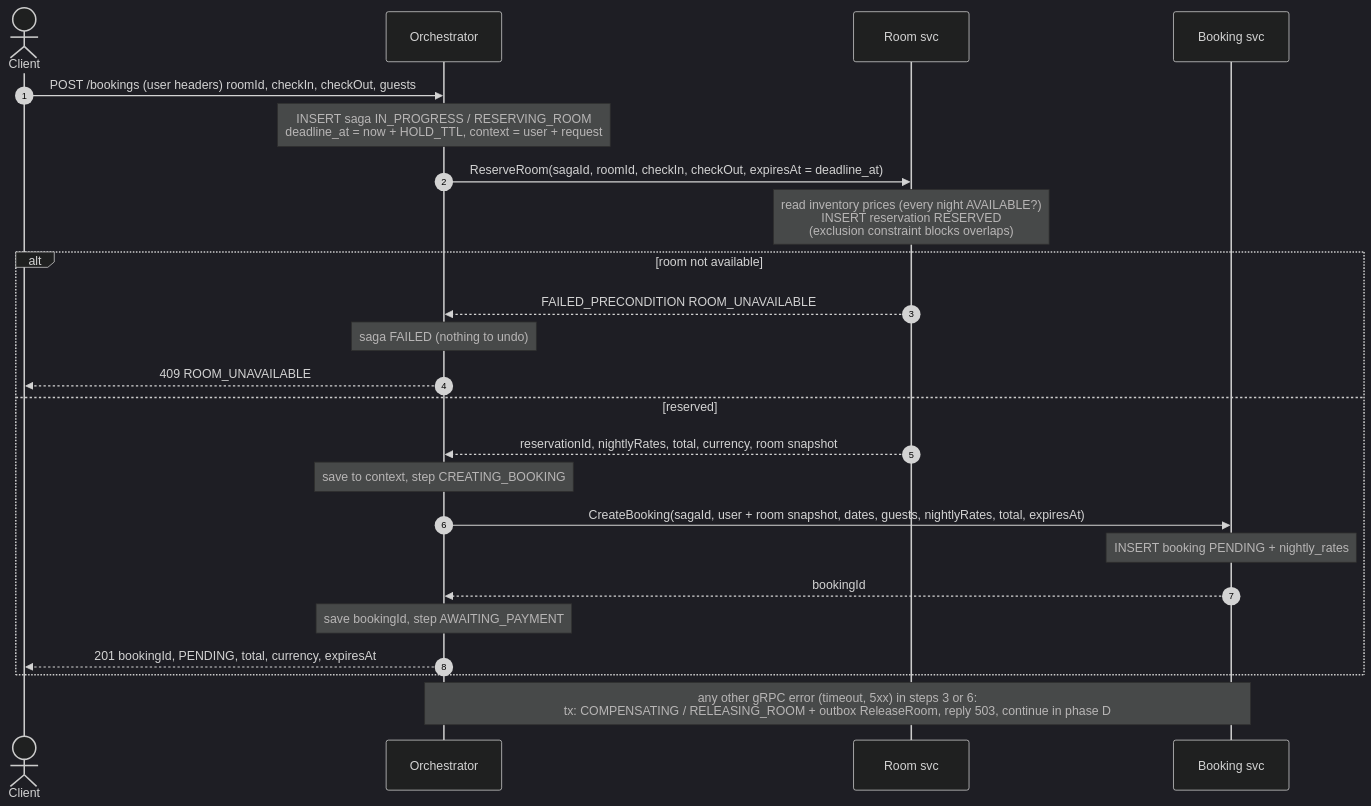
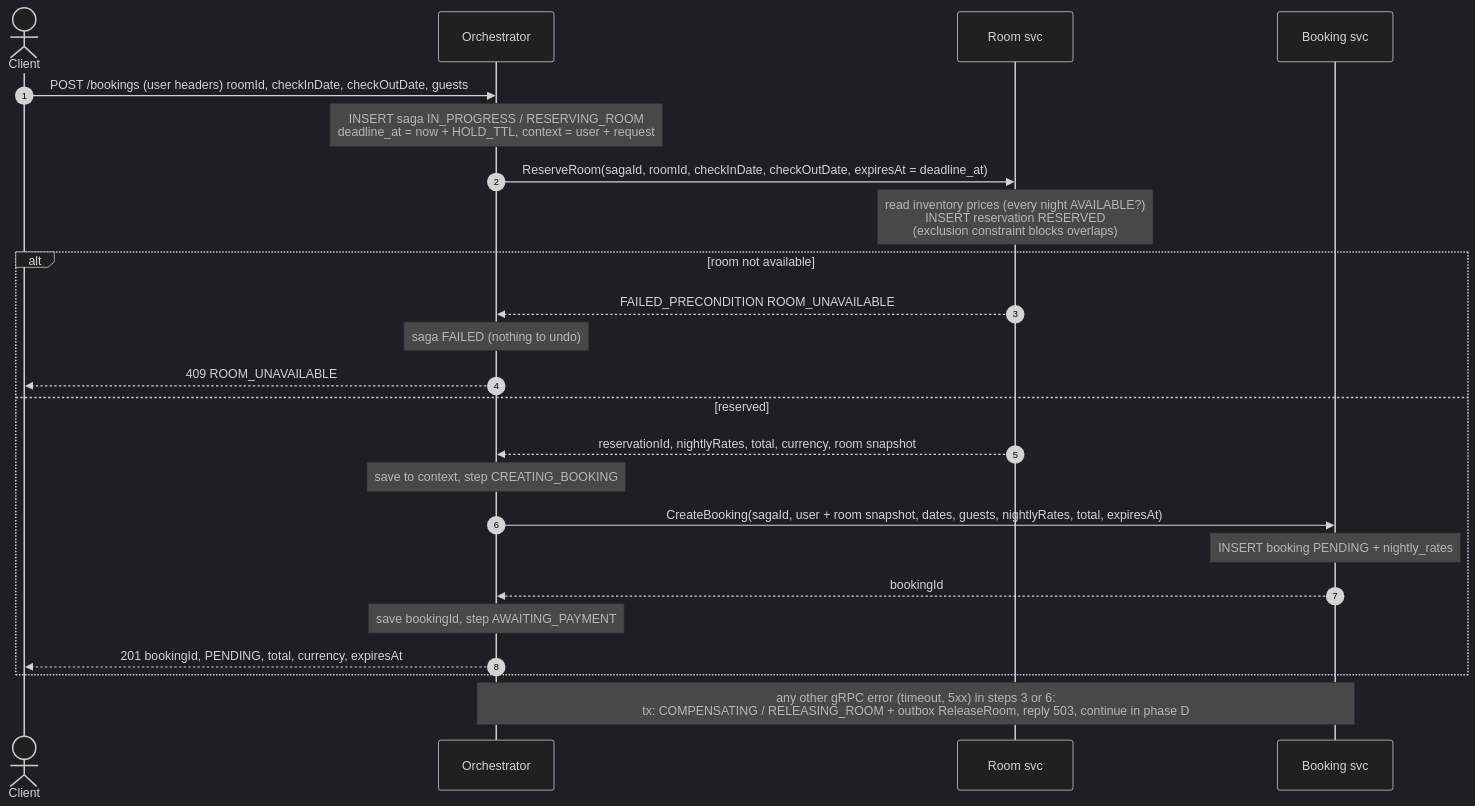
The first of 5 diagrams in doc/uc1-create-booking/flows.md (TranQuangPhong/hotel-booking-hexagon), drawn with Mermaid (dark theme) before and after one commit. The commit also changed other lines of this file and 31 other files, not shown here.

````diff
--- a/doc/uc1-create-booking/flows.md
+++ b/doc/uc1-create-booking/flows.md
@@ -12,27 +12,27 @@
 ```mermaid
 sequenceDiagram
     autonumber
     actor C as Client
     participant O as Orchestrator
     participant R as Room svc
     participant B as Booking svc
 
-    C->>O: POST /bookings (user headers) roomId, checkIn, checkOut, guests
+    C->>O: POST /bookings (user headers) roomId, checkInDate, checkOutDate, guests
     Note over O: INSERT saga IN_PROGRESS / RESERVING_ROOM<br/>deadline_at = now + HOLD_TTL, context = user + request
-    O->>R: ReserveRoom(sagaId, roomId, checkIn, checkOut, expiresAt = deadline_at)
+    O->>R: ReserveRoom(sagaId, roomId, checkInDate, checkOutDate, expiresAt = deadline_at)
     Note over R: read inventory prices (every night AVAILABLE?)<br/>INSERT reservation RESERVED<br/>(exclusion constraint blocks overlaps)
     alt room not available
         R-->>O: FAILED_PRECONDITION ROOM_UNAVAILABLE
         Note over O: saga FAILED (nothing to undo)
         O-->>C: 409 ROOM_UNAVAILABLE
     else reserved
         R-->>O: reservationId, nightlyRates, total, currency, room snapshot
         Note over O: save to context, step CREATING_BOOKING
         O->>B: CreateBooking(sagaId, user + room snapshot, dates, guests, nightlyRates, total, expiresAt)
         Note over B: INSERT booking PENDING + nightly_rates
         B-->>O: bookingId
         Note over O: save bookingId, step AWAITING_PAYMENT
         O-->>C: 201 bookingId, PENDING, total, currency, expiresAt
     end
     Note over O,B: any other gRPC error (timeout, 5xx) in steps 3 or 6:<br/>tx: COMPENSATING / RELEASING_ROOM + outbox ReleaseRoom, reply 503, continue in phase D
 ```
````
